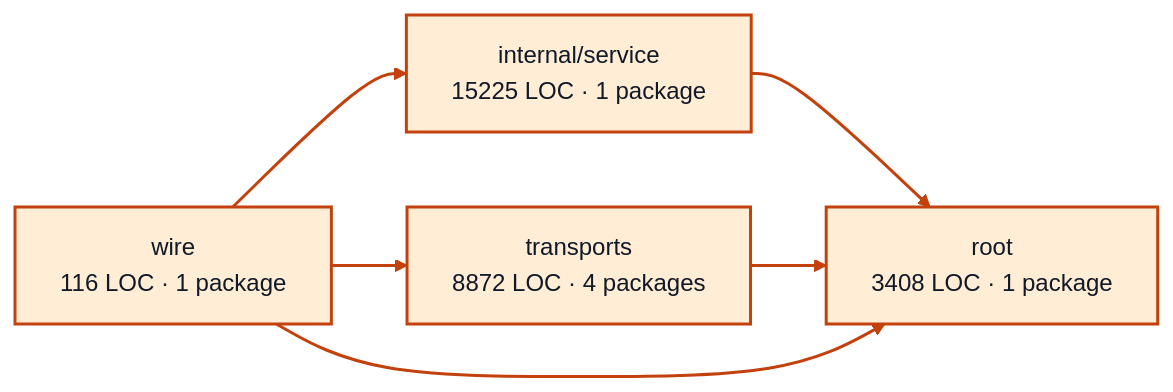
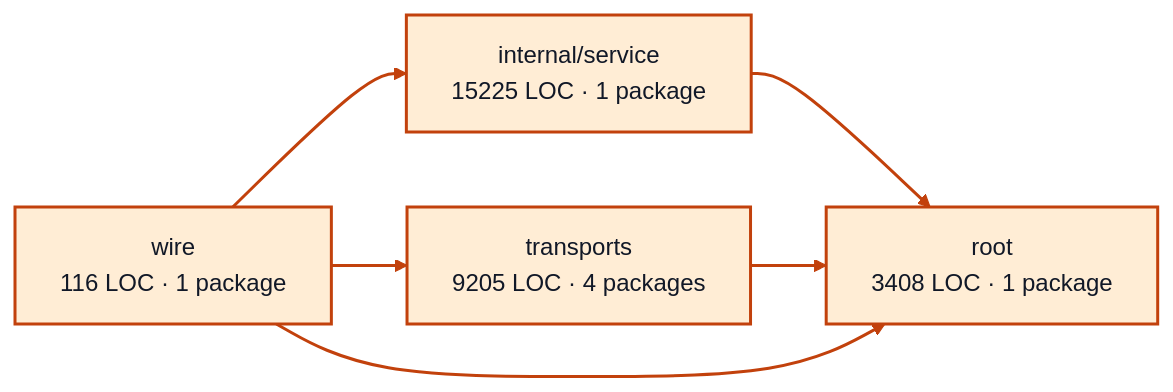
One commit to portpowered/you-agent-factory changed the diagram in docs/architecture/visualizations/services/worker_sessions.md. Above: the diagram before and after it, drawn with Mermaid (forest theme). The commit also changed other lines of this file and 21 other files, not shown here.

Commit message:
docs: refresh backend architecture visualizations

````diff
--- a/docs/architecture/visualizations/services/worker_sessions.md
+++ b/docs/architecture/visualizations/services/worker_sessions.md
@@ -11,17 +11,17 @@
 ```mermaid
 flowchart LR
   p0["internal/service<br/>15225 LOC · 1 package"]
   p1["root<br/>3408 LOC · 1 package"]
-  p2["transports<br/>8872 LOC · 4 packages"]
+  p2["transports<br/>9205 LOC · 4 packages"]
   p3["wire<br/>116 LOC · 1 package"]
   p0 --> p1
   p2 --> p1
   p3 --> p0
   p3 --> p1
   p3 --> p2
   style p0 fill:#ffedd5,stroke:#c2410c,stroke-width:2px,color:#111827
   style p1 fill:#ffedd5,stroke:#c2410c,stroke-width:2px,color:#111827
   style p2 fill:#ffedd5,stroke:#c2410c,stroke-width:2px,color:#111827
   style p3 fill:#ffedd5,stroke:#c2410c,stroke-width:2px,color:#111827
   linkStyle default stroke:#c2410c,stroke-width:2px
 ```
````
